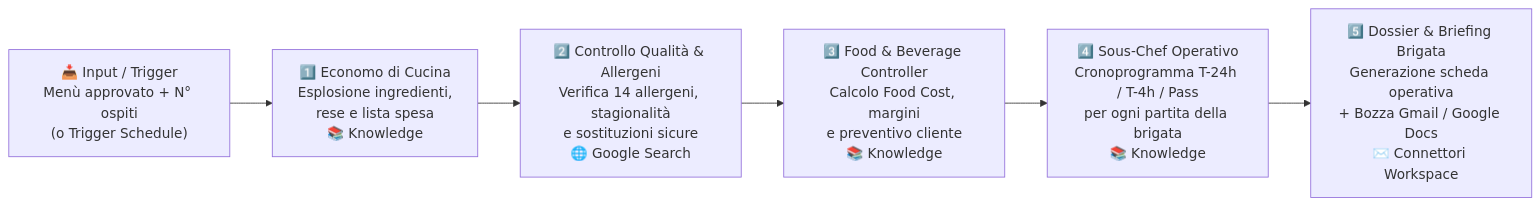
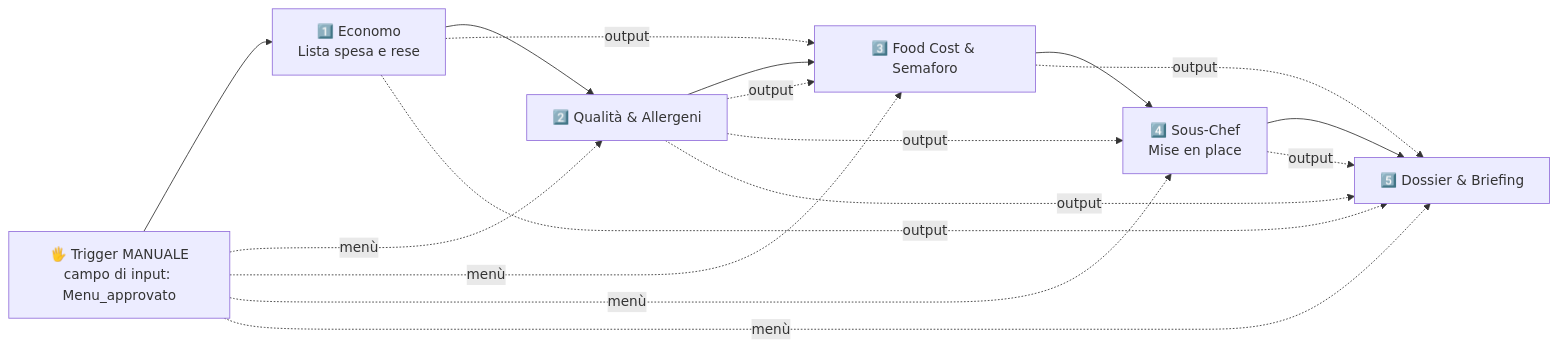
Before and after one commit to labs-ennova-research/ge-demo-brigata: the diagram in workflow/README.md, drawn with Mermaid. The commit also changed other lines of this file, not shown here.

````diff
--- a/workflow/README.md
+++ b/workflow/README.md
@@ -31,8 +16,19 @@
 ```mermaid
 flowchart LR
-    T["📥 Input / Trigger\nMenù approvato + N° ospiti\n(o Trigger Schedule)"] --> S1["1️⃣ Economo di Cucina\nEsplosione ingredienti,\nrese e lista spesa\n📚 Knowledge"]
-    S1 --> S2["2️⃣ Controllo Qualità & Allergeni\nVerifica 14 allergeni, stagionalità\ne sostituzioni sicure\n🌐 Google Search"]
-    S2 --> S3["3️⃣ Food & Beverage Controller\nCalcolo Food Cost, margini\ne preventivo cliente\n📚 Knowledge"]
-    S3 --> S4["4️⃣ Sous-Chef Operativo\nCronoprogramma T-24h / T-4h / Pass\nper ogni partita della brigata\n📚 Knowledge"]
-    S4 --> S5["5️⃣ Dossier & Briefing Brigata\nGenerazione scheda operativa\n+ Bozza Gmail / Google Docs\n✉️ Connettori Workspace"]
+    T["🖐️ Trigger MANUALE<br/>campo di input: Menu_approvato"] --> S1["1️⃣ Economo<br/>Lista spesa e rese"]
+    S1 --> S2["2️⃣ Qualità & Allergeni"]
+    S2 --> S3["3️⃣ Food Cost & Semaforo"]
+    S3 --> S4["4️⃣ Sous-Chef<br/>Mise en place"]
+    S4 --> S5["5️⃣ Dossier & Briefing"]
+    T -. menù .-> S2
+    T -. menù .-> S3
+    T -. menù .-> S4
+    T -. menù .-> S5
+    S1 -. output .-> S3
+    S1 -. output .-> S5
+    S2 -. output .-> S3
+    S2 -. output .-> S4
+    S2 -. output .-> S5
+    S3 -. output .-> S5
+    S4 -. output .-> S5
 ```
````
